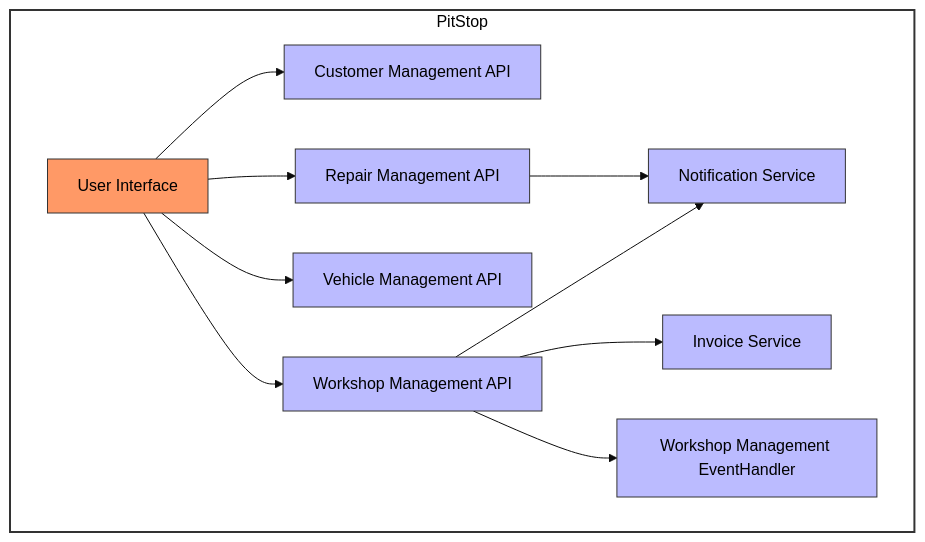
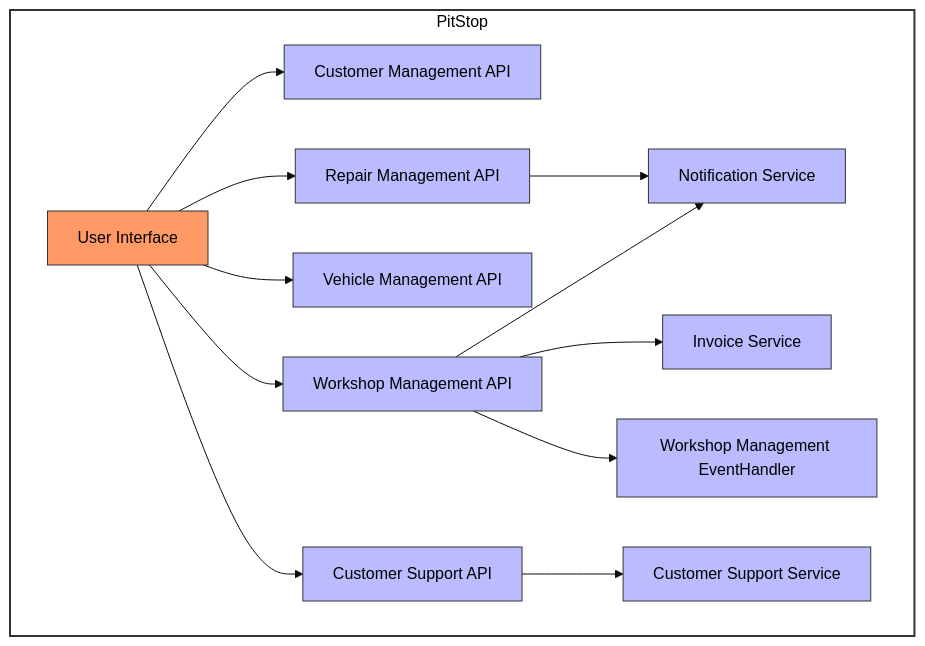
One commit to hanaim-devops/pitstop-team-luna changed the second of 3 diagrams in src/README.md. Above: the diagram before and after it, drawn with Mermaid (base theme). The commit also changed other lines of this file, not shown here.

Commit message:
Update C4 Diagram met CustomerSupport diagrammen

````diff
--- a/src/README.md
+++ b/src/README.md
@@ -29,32 +30,38 @@
 ```mermaid
 graph TD
     subgraph PitStop
         WebApp[User Interface]
+        CustomerSupportAPI[Customer Support API]
         CustomerManagementAPI[Customer Management API]
         RepairManagementAPI[Repair Management API]
         VehicleManagementAPI[Vehicle Management API]
         NotificationService[Notification Service]
         WorkshopManagementAPI[Workshop Management API]
         InvoiceService[Invoice Service]
+        CustomerSupportService[Customer Support Service]
         WorkshopManagementEventHandler[Workshop Management EventHandler]
 
         WebApp --> CustomerManagementAPI
         WebApp --> RepairManagementAPI
         WebApp --> VehicleManagementAPI
         WebApp --> WorkshopManagementAPI
+        WebApp --> CustomerSupportAPI
         RepairManagementAPI --> NotificationService
         WorkshopManagementAPI --> NotificationService
         WorkshopManagementAPI --> InvoiceService
         WorkshopManagementAPI --> WorkshopManagementEventHandler
+        CustomerSupportAPI --> CustomerSupportService
     end
 
     style PitStop fill:#fff,stroke:#333,stroke-width:2px,color:#000000
+    style CustomerSupportAPI fill:#bbf,stroke:#333,stroke-width:1px,color:#000000
     style CustomerManagementAPI fill:#bbf,stroke:#333,stroke-width:1px,color:#000000
     style RepairManagementAPI fill:#bbf,stroke:#333,stroke-width:1px,color:#000000
     style VehicleManagementAPI fill:#bbf,stroke:#333,stroke-width:1px,color:#000000
     style NotificationService fill:#bbf,stroke:#333,stroke-width:1px,color:#000000
     style InvoiceService fill:#bbf,stroke:#333,stroke-width:1px,color:#000000
+    style CustomerSupportService fill:#bbf,stroke:#333,stroke-width:1px,color:#000000
     style WorkshopManagementAPI fill:#bbf,stroke:#333,stroke-width:1px,color:#000000
     style WorkshopManagementEventHandler fill:#bbf,stroke:#333,stroke-width:1px,color:#000000
     style WebApp fill:#f96,stroke:#333,stroke-width:1px,color:#000000
 ```
````
